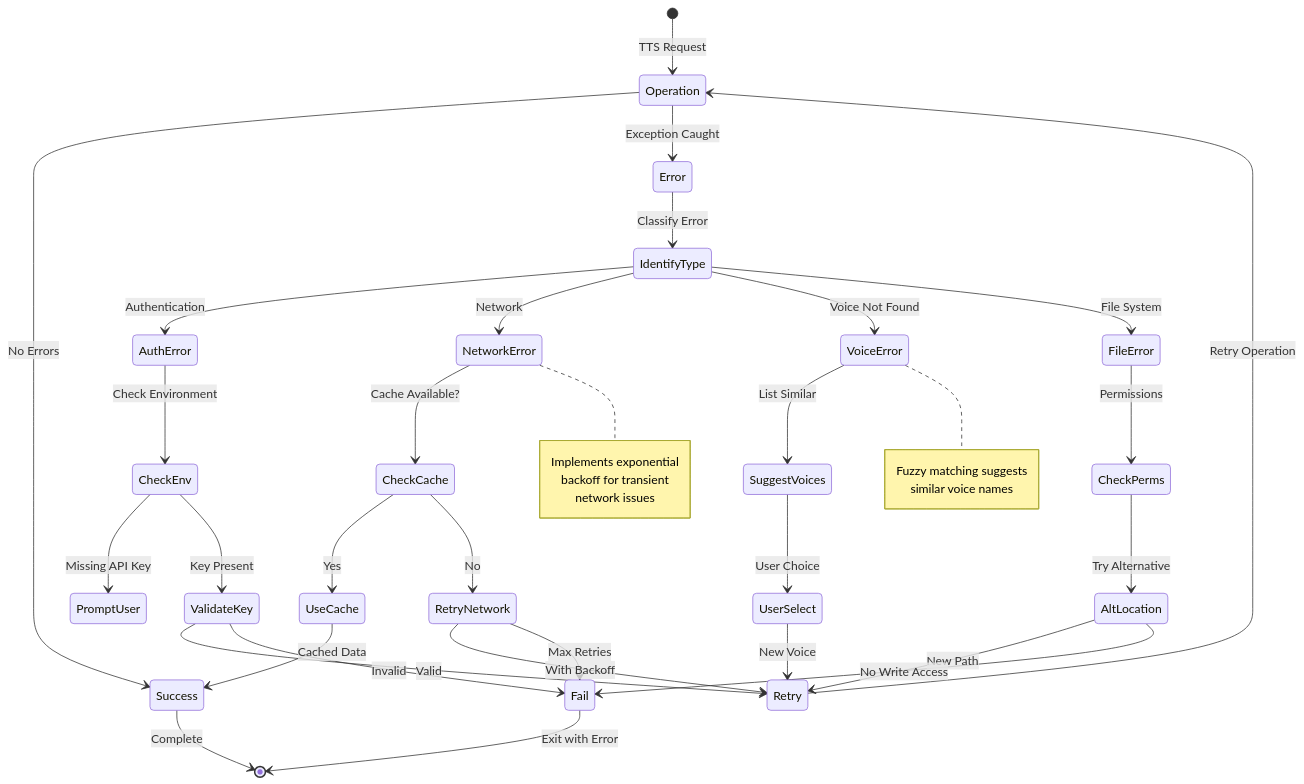
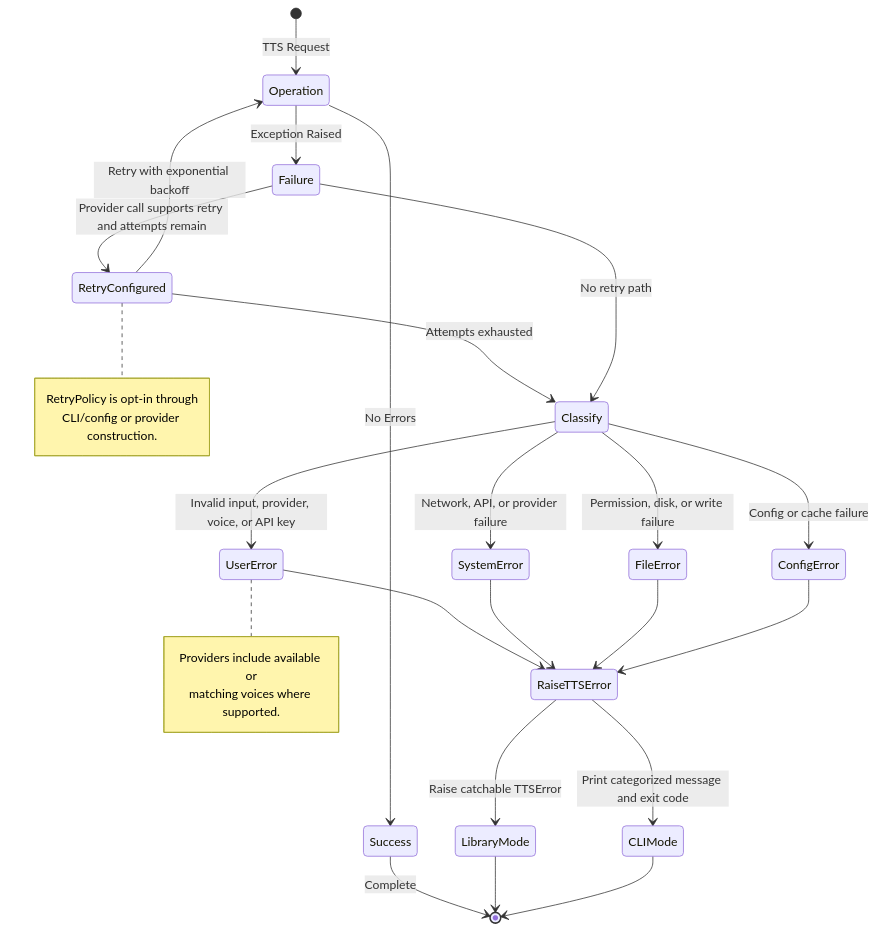
Before and after one commit to paulrobello/par-cli-tts: diagram 17 of 21 in docs/ARCHITECTURE.md, drawn with Mermaid. The commit also changed other lines of this file and 3 other files, not shown here.

````diff
--- a/docs/ARCHITECTURE.md
+++ b/docs/ARCHITECTURE.md
@@ -1455,52 +1557,39 @@
 ```mermaid
 stateDiagram-v2
     [*] --> Operation: TTS Request
 
     Operation --> Success: No Errors
-    Operation --> Error: Exception Caught
+    Operation --> Failure: Exception Raised
 
-    Error --> IdentifyType: Classify Error
+    Failure --> RetryConfigured: Provider call supports retry and attempts remain
+    RetryConfigured --> Operation: Retry with exponential backoff
+    RetryConfigured --> Classify: Attempts exhausted
+    Failure --> Classify: No retry path
 
-    IdentifyType --> AuthError: Authentication
-    IdentifyType --> NetworkError: Network
-    IdentifyType --> VoiceError: Voice Not Found
-    IdentifyType --> FileError: File System
+    Classify --> UserError: Invalid input, provider, voice, or API key
+    Classify --> SystemError: Network, API, or provider failure
+    Classify --> FileError: Permission, disk, or write failure
+    Classify --> ConfigError: Config or cache failure
 
-    AuthError --> CheckEnv: Check Environment
-    CheckEnv --> PromptUser: Missing API Key
-    CheckEnv --> ValidateKey: Key Present
-    ValidateKey --> Retry: Valid
-    ValidateKey --> Fail: Invalid
+    UserError --> RaiseTTSError
+    SystemError --> RaiseTTSError
+    FileError --> RaiseTTSError
+    ConfigError --> RaiseTTSError
 
-    NetworkError --> CheckCache: Cache Available?
-    CheckCache --> UseCache: Yes
-    CheckCache --> RetryNetwork: No
-    RetryNetwork --> Retry: With Backoff
-    RetryNetwork --> Fail: Max Retries
-
-    VoiceError --> SuggestVoices: List Similar
-    SuggestVoices --> UserSelect: User Choice
-    UserSelect --> Retry: New Voice
-
-    FileError --> CheckPerms: Permissions
-    CheckPerms --> AltLocation: Try Alternative
-    AltLocation --> Retry: New Path
-    AltLocation --> Fail: No Write Access
-
-    UseCache --> Success: Cached Data
-    Retry --> Operation: Retry Operation
+    RaiseTTSError --> LibraryMode: Raise catchable TTSError
+    RaiseTTSError --> CLIMode: Print categorized message and exit code
 
     Success --> [*]: Complete
-    Fail --> [*]: Exit with Error
+    LibraryMode --> [*]
+    CLIMode --> [*]
 
-    note right of NetworkError
-        Implements exponential
-        backoff for transient
-        network issues
+    note right of RetryConfigured
+        RetryPolicy is opt-in through
+        CLI/config or provider construction.
     end note
 
-    note right of VoiceError
-        Fuzzy matching suggests
-        similar voice names
+    note right of UserError
+        Providers include available or
+        matching voices where supported.
     end note
 ```
````
